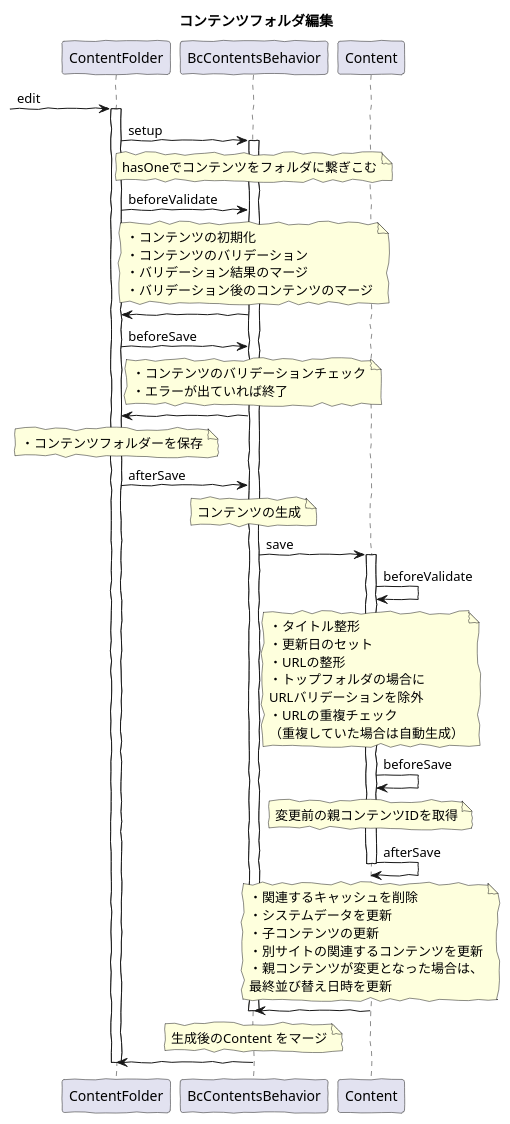
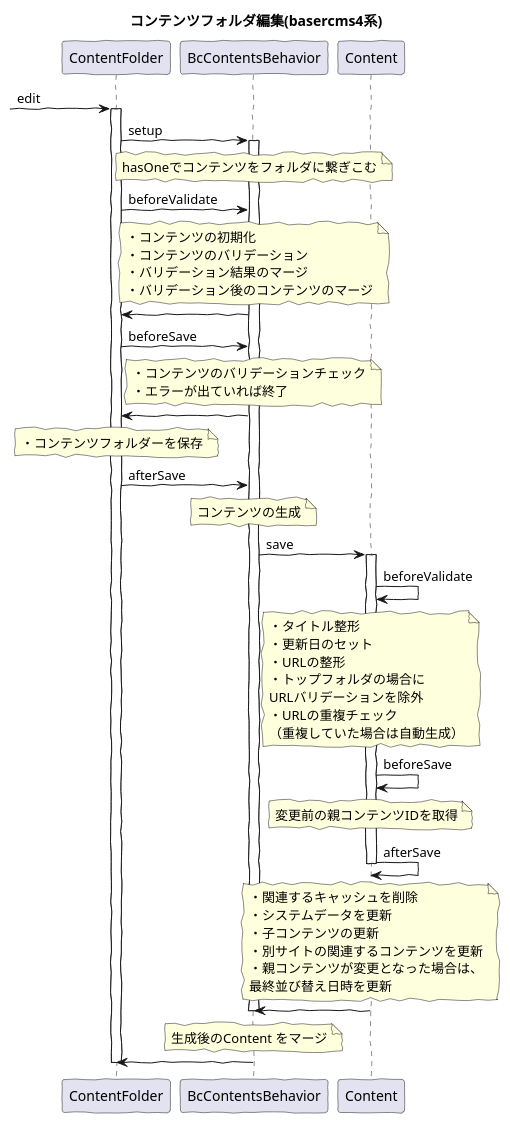
The diagram in src/puml/5/ucmitz/sequence/contents_edit.puml (baserproject/baserproject.github.io), drawn with PlantUML before and after one commit. The commit also changed 5 other files, not shown here.

```diff
--- a/src/puml/5/ucmitz/sequence/contents_edit.puml
+++ b/src/puml/5/ucmitz/sequence/contents_edit.puml
@@ -1,94 +1,94 @@
 @startuml
 skinparam handwritten true
 skinparam backgroundColor white
 
-title コンテンツフォルダ編集
+title コンテンツフォルダ編集(basercms4系)
 
 participant "ContentFolder" as Folder
 participant "BcContentsBehavior" as Behavior
 participant "Content" as Content
 
 [-> Folder : edit
 
 activate Folder
 
 Folder -> Behavior : setup
 
 activate Behavior
 
 note over Behavior
 hasOneでコンテンツをフォルダに繋ぎこむ
 endnote
 
 Folder -> Behavior : beforeValidate																											
 note over Behavior
 ・コンテンツの初期化
 ・コンテンツのバリデーション
 ・バリデーション結果のマージ
 ・バリデーション後のコンテンツのマージ
 endnote
 
 Folder <- Behavior
 
 Folder -> Behavior : beforeSave
 
 note over Behavior
 ・コンテンツのバリデーションチェック
 ・エラーが出ていれば終了
 endnote
 
 Folder <- Behavior
 
 note over Folder
 ・コンテンツフォルダーを保存
 endnote
 
 Folder -> Behavior : afterSave
 note over Behavior
 コンテンツの生成
 endnote
 
 Behavior -> Content : save
 
 activate Content
 
 Content -> Content: beforeValidate
 note over Content
 ・タイトル整形
 ・更新日のセット
 ・URLの整形
 ・トップフォルダの場合に
 URLバリデーションを除外
 ・URLの重複チェック
 （重複していた場合は自動生成）
 endnote
 
 Content -> Content: beforeSave
 note over Content
 変更前の親コンテンツIDを取得
 endnote
 
 Content -> Content: afterSave
 note over Content
 ・関連するキャッシュを削除
 ・システムデータを更新
 ・子コンテンツの更新
 ・別サイトの関連するコンテンツを更新
 ・親コンテンツが変更となった場合は、
 最終並び替え日時を更新
 endnote
 
 deactivate Content
 
 
 Content -> Behavior
 note over Behavior
 生成後のContent をマージ
 endnote
 
 deactivate Behavior
 
 Behavior -> Folder
 deactivate Folder
 
 @enduml
```
